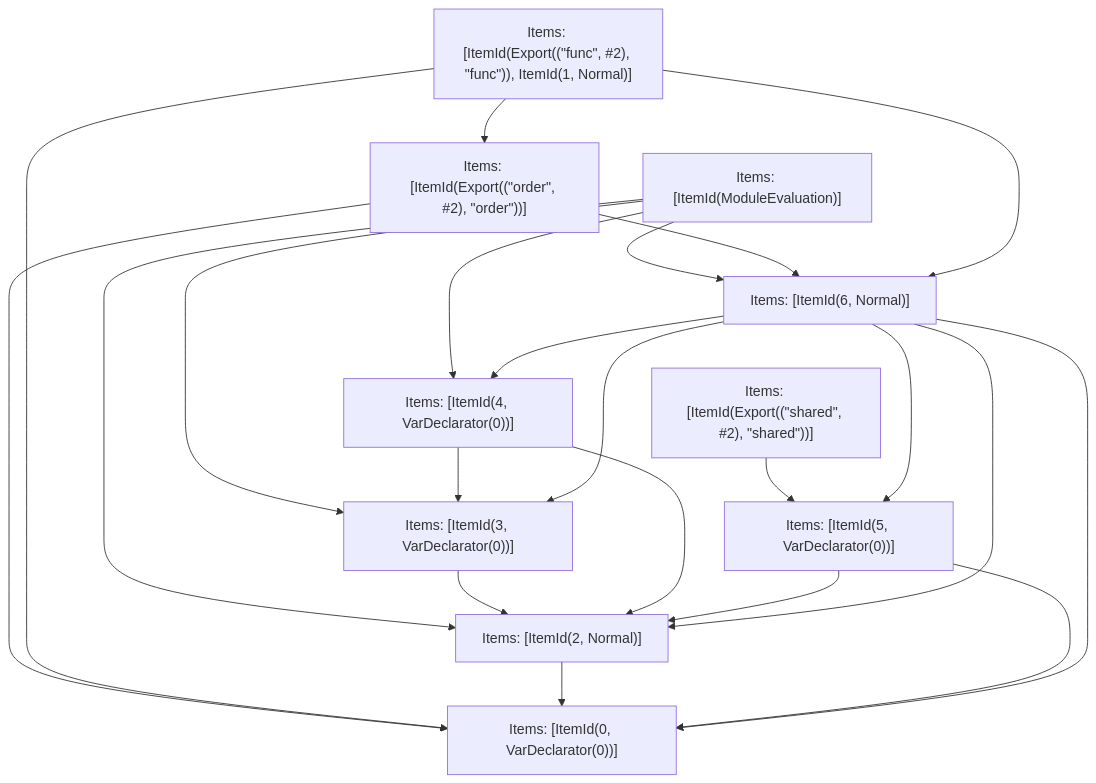
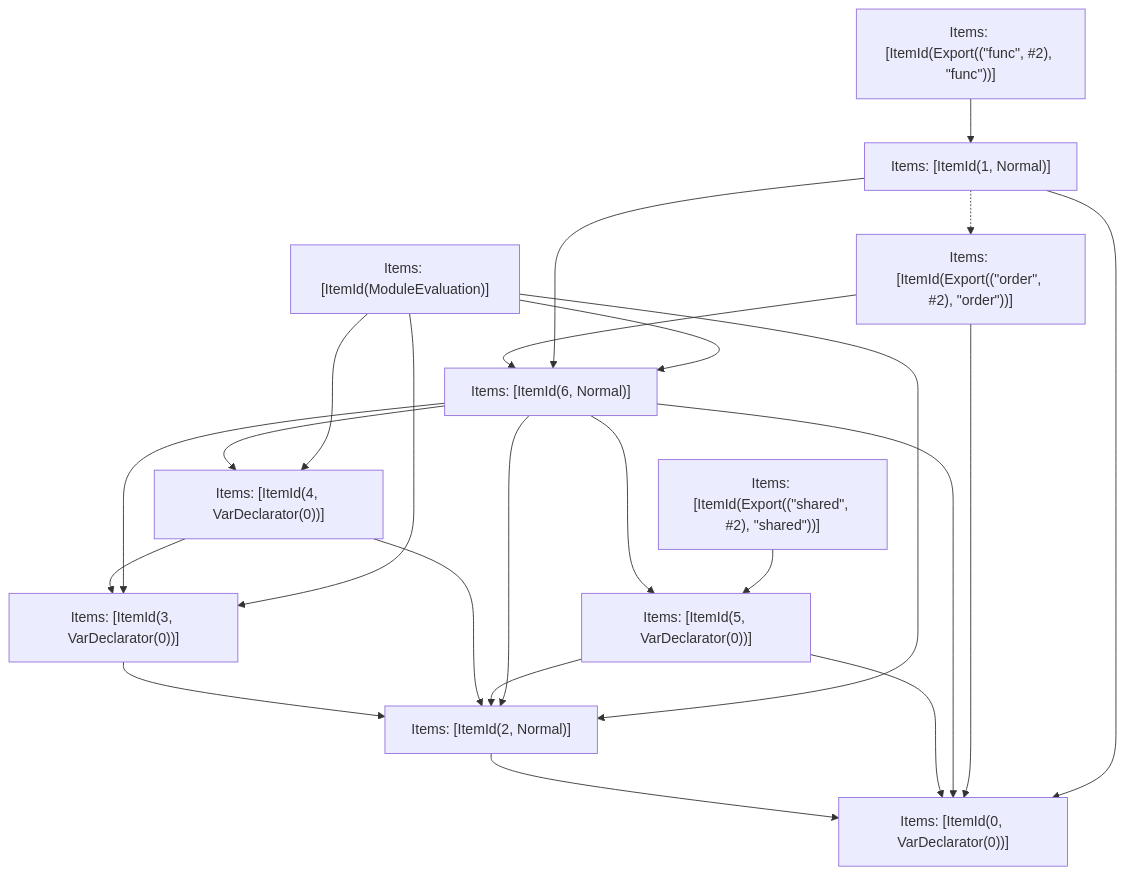
The fifth of 5 diagrams in crates/turbopack-ecmascript/tests/tree-shaker/analyzer/write-order/output.md (vercel/turborepo), drawn with Mermaid before and after one commit. The commit also changed other lines of this file and 72 other files, not shown here.

````diff
--- a/crates/turbopack-ecmascript/tests/tree-shaker/analyzer/write-order/output.md
+++ b/crates/turbopack-ecmascript/tests/tree-shaker/analyzer/write-order/output.md
@@ -219,34 +219,36 @@
 ```mermaid
 graph TD
-    N0["Items: [ItemId(ModuleEvaluation)]"];
-    N1["Items: [ItemId(Export((&quot;order&quot;, #2), &quot;order&quot;))]"];
-    N2["Items: [ItemId(Export((&quot;func&quot;, #2), &quot;func&quot;)), ItemId(1, Normal)]"];
+    N0["Items: [ItemId(0, VarDeclarator(0))]"];
+    N1["Items: [ItemId(2, Normal)]"];
+    N2["Items: [ItemId(5, VarDeclarator(0))]"];
     N3["Items: [ItemId(Export((&quot;shared&quot;, #2), &quot;shared&quot;))]"];
-    N4["Items: [ItemId(0, VarDeclarator(0))]"];
-    N5["Items: [ItemId(2, Normal)]"];
-    N6["Items: [ItemId(3, VarDeclarator(0))]"];
-    N7["Items: [ItemId(4, VarDeclarator(0))]"];
-    N8["Items: [ItemId(5, VarDeclarator(0))]"];
-    N9["Items: [ItemId(6, Normal)]"];
-    N0 --> N5;
-    N0 --> N6;
-    N0 --> N7;
-    N0 --> N9;
-    N1 --> N9;
-    N1 --> N4;
-    N2 --> N9;
-    N2 --> N4;
+    N4["Items: [ItemId(3, VarDeclarator(0))]"];
+    N5["Items: [ItemId(4, VarDeclarator(0))]"];
+    N6["Items: [ItemId(6, Normal)]"];
+    N7["Items: [ItemId(ModuleEvaluation)]"];
+    N8["Items: [ItemId(Export((&quot;order&quot;, #2), &quot;order&quot;))]"];
+    N9["Items: [ItemId(1, Normal)]"];
+    N10["Items: [ItemId(Export((&quot;func&quot;, #2), &quot;func&quot;))]"];
+    N1 --> N0;
+    N4 --> N1;
+    N5 --> N1;
+    N5 --> N4;
     N2 --> N1;
-    N3 --> N8;
-    N5 --> N4;
+    N2 --> N0;
+    N6 --> N2;
+    N6 --> N0;
+    N6 --> N1;
+    N6 --> N4;
     N6 --> N5;
+    N8 --> N6;
+    N8 --> N0;
+    N10 --> N9;
+    N3 --> N2;
+    N9 --> N6;
+    N9 --> N0;
+    N9 -.-> N8;
+    N7 --> N1;
+    N7 --> N4;
     N7 --> N5;
     N7 --> N6;
-    N8 --> N5;
-    N8 --> N4;
-    N9 --> N8;
-    N9 --> N4;
-    N9 --> N5;
-    N9 --> N6;
-    N9 --> N7;
 ```
````
